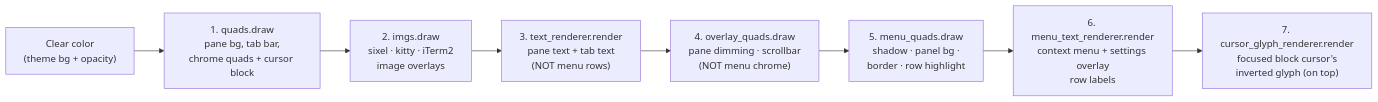
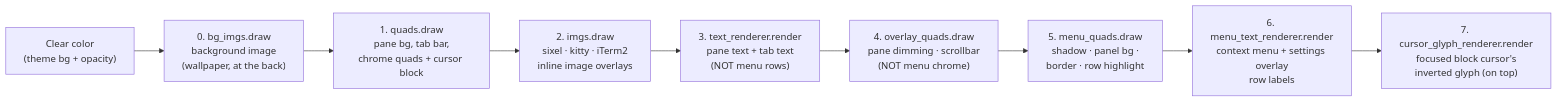
Before and after one commit to Reddimus/kettle: the fifth of 10 diagrams in docs/ARCHITECTURE.md, drawn with Mermaid. The commit also changed other lines of this file and 12 other files, not shown here.

````diff
--- a/docs/ARCHITECTURE.md
+++ b/docs/ARCHITECTURE.md
@@ -177,10 +186,11 @@
 ```mermaid
 flowchart LR
-    clear["Clear color<br/>(theme bg + opacity)"] --> quads["1. quads.draw<br/>pane bg, tab bar,<br/>chrome quads + cursor block"]
-    quads --> imgs["2. imgs.draw<br/>sixel · kitty · iTerm2<br/>image overlays"]
+    clear["Clear color<br/>(theme bg + opacity)"] --> bgimg["0. bg_imgs.draw<br/>background image<br/>(wallpaper, at the back)"]
+    bgimg --> quads["1. quads.draw<br/>pane bg, tab bar,<br/>chrome quads + cursor block"]
+    quads --> imgs["2. imgs.draw<br/>sixel · kitty · iTerm2<br/>inline image overlays"]
     imgs --> text["3. text_renderer.render<br/>pane text + tab text<br/>(NOT menu rows)"]
     text --> overlay["4. overlay_quads.draw<br/>pane dimming · scrollbar<br/>(NOT menu chrome)"]
     overlay --> menuq["5. menu_quads.draw<br/>shadow · panel bg ·<br/>border · row highlight"]
     menuq --> menut["6. menu_text_renderer.render<br/>context menu + settings overlay<br/>row labels"]
     menut --> curg["7. cursor_glyph_renderer.render<br/>focused block cursor's<br/>inverted glyph (on top)"]
 ```
````
